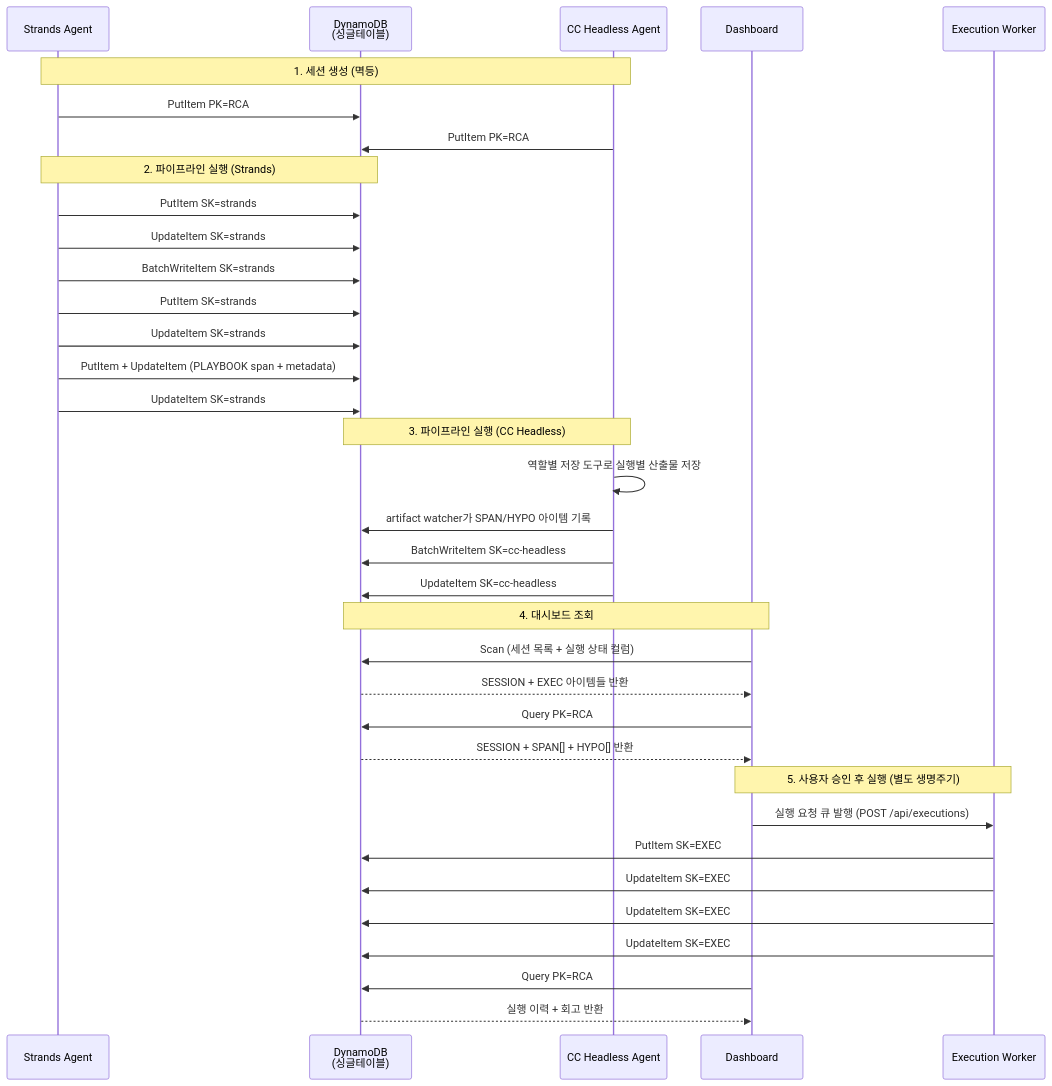
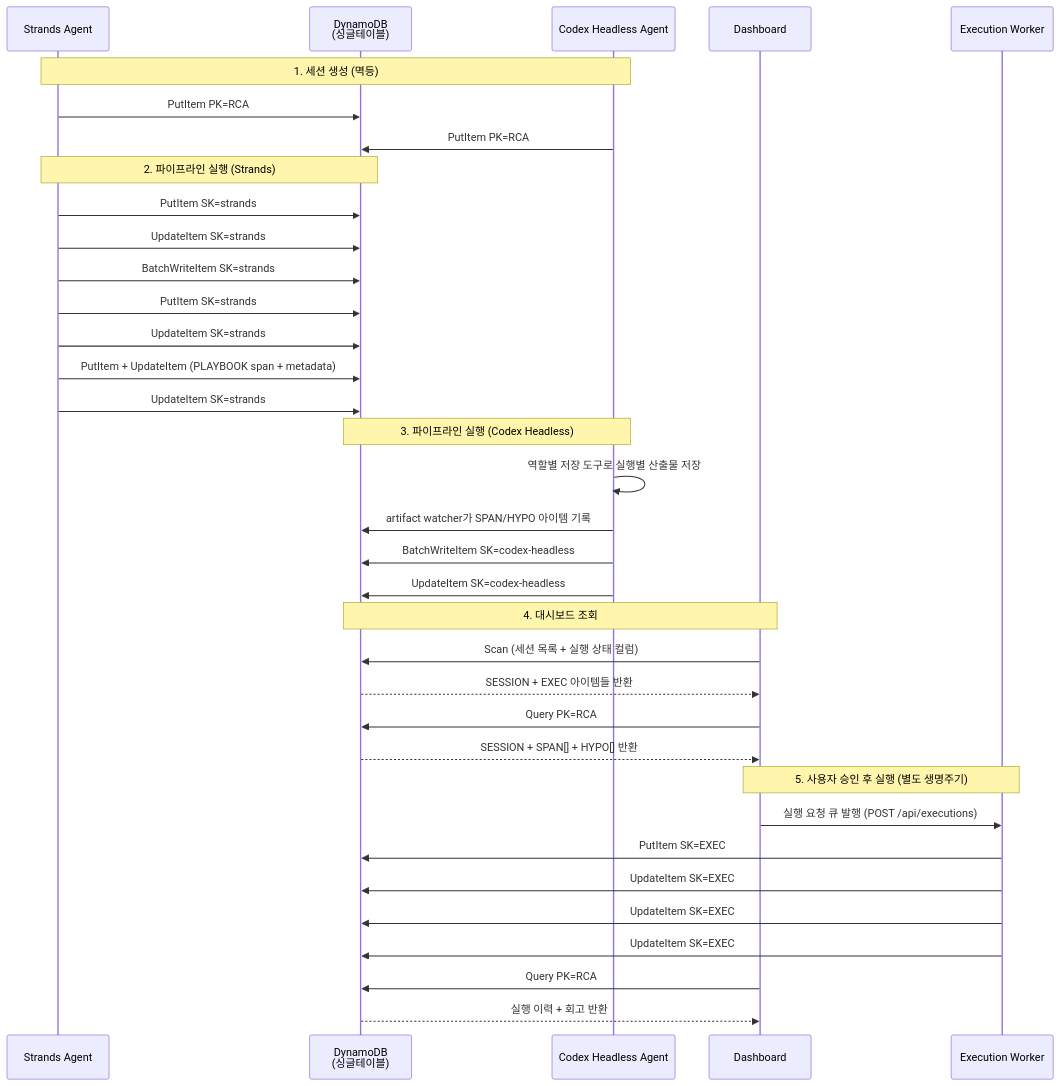
Diagram 23 of 25 in docs/system-guide-for-ops.md (haandol/rca-agent), drawn with Mermaid before and after one commit. The commit also changed other lines of this file and 306 other files, not shown here.

Commit message:
feat: replace headless CC with Codex on Bedrock

````diff
--- a/docs/system-guide-for-ops.md
+++ b/docs/system-guide-for-ops.md
@@ -1221,42 +1221,42 @@
 ```mermaid
 sequenceDiagram
     participant SA as Strands Agent
     participant DDB as DynamoDB<br/>(싱글테이블)
-    participant CCA as CC Headless Agent
+    participant CCA as Codex Headless Agent
     participant DASH as Dashboard
     participant EXE as Execution Worker
 
     Note over SA,CCA: 1. 세션 생성 (멱등)
     SA->>DDB: PutItem PK=RCA#id, SK=strands#SESSION<br/>ConditionExpression: attribute_not_exists(SK)
-    CCA->>DDB: PutItem PK=RCA#id, SK=cc-headless#SESSION<br/>ConditionExpression: attribute_not_exists(SK)
+    CCA->>DDB: PutItem PK=RCA#id, SK=codex-headless#SESSION<br/>ConditionExpression: attribute_not_exists(SK)
 
     Note over SA,DDB: 2. 파이프라인 실행 (Strands)
     SA->>DDB: PutItem SK=strands#SPAN#{id} (SCOPING 시작)
     SA->>DDB: UpdateItem SK=strands#SPAN#{id} (SCOPING 완료)
     SA->>DDB: BatchWriteItem SK=strands#HYPO#{id} × N (가설 저장)
     SA->>DDB: PutItem SK=strands#SPAN#{id} (검증루프 시작)
     SA->>DDB: UpdateItem SK=strands#HYPO#{id} (검증 결과)
     SA->>DDB: PutItem + UpdateItem (PLAYBOOK span + metadata)
     SA->>DDB: UpdateItem SK=strands#SESSION (state=COMPLETED)
 
-    Note over CCA,DDB: 3. 파이프라인 실행 (CC Headless)
+    Note over CCA,DDB: 3. 파이프라인 실행 (Codex Headless)
     CCA->>CCA: 역할별 저장 도구로 실행별 산출물 저장
     CCA->>DDB: artifact watcher가 SPAN/HYPO 아이템 기록
-    CCA->>DDB: BatchWriteItem SK=cc-headless#HYPO#{id} × N
-    CCA->>DDB: UpdateItem SK=cc-headless#SESSION (state=COMPLETED)
+    CCA->>DDB: BatchWriteItem SK=codex-headless#HYPO#{id} × N
+    CCA->>DDB: UpdateItem SK=codex-headless#SESSION (state=COMPLETED)
 
     Note over DASH,DDB: 4. 대시보드 조회
     DASH->>DDB: Scan (세션 목록 + 실행 상태 컬럼)
     DDB-->>DASH: SESSION + EXEC 아이템들 반환
     DASH->>DDB: Query PK=RCA#id (트레이스 상세)
     DDB-->>DASH: SESSION + SPAN[] + HYPO[] 반환
 
     Note over DASH,EXE: 5. 사용자 승인 후 실행 (별도 생명주기)
     DASH->>EXE: 실행 요청 큐 발행 (POST /api/executions)
     EXE->>DDB: PutItem SK=EXEC#{execution_id}<br/>ConditionExpression: attribute_not_exists(SK)
     EXE->>DDB: UpdateItem SK=EXEC#{id} (증거 요약 + S3 키)
     EXE->>DDB: UpdateItem SK=EXEC#{id} (execution_state=RESOLVED | UNRESOLVED)
     EXE->>DDB: UpdateItem SK=EXEC#{id} (회고 요약 + diff S3 키)
     DASH->>DDB: Query PK=RCA#id, begins_with(SK,'EXEC#')
     DDB-->>DASH: 실행 이력 + 회고 반환
 ```
````
